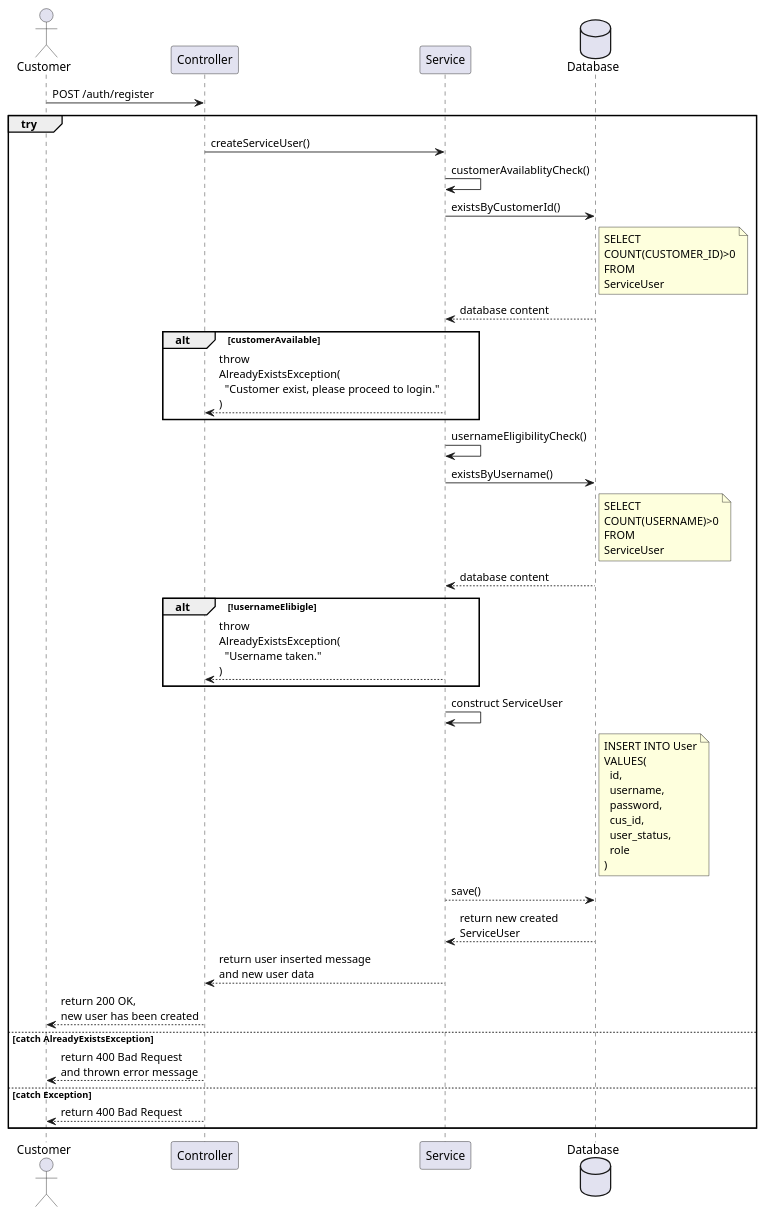
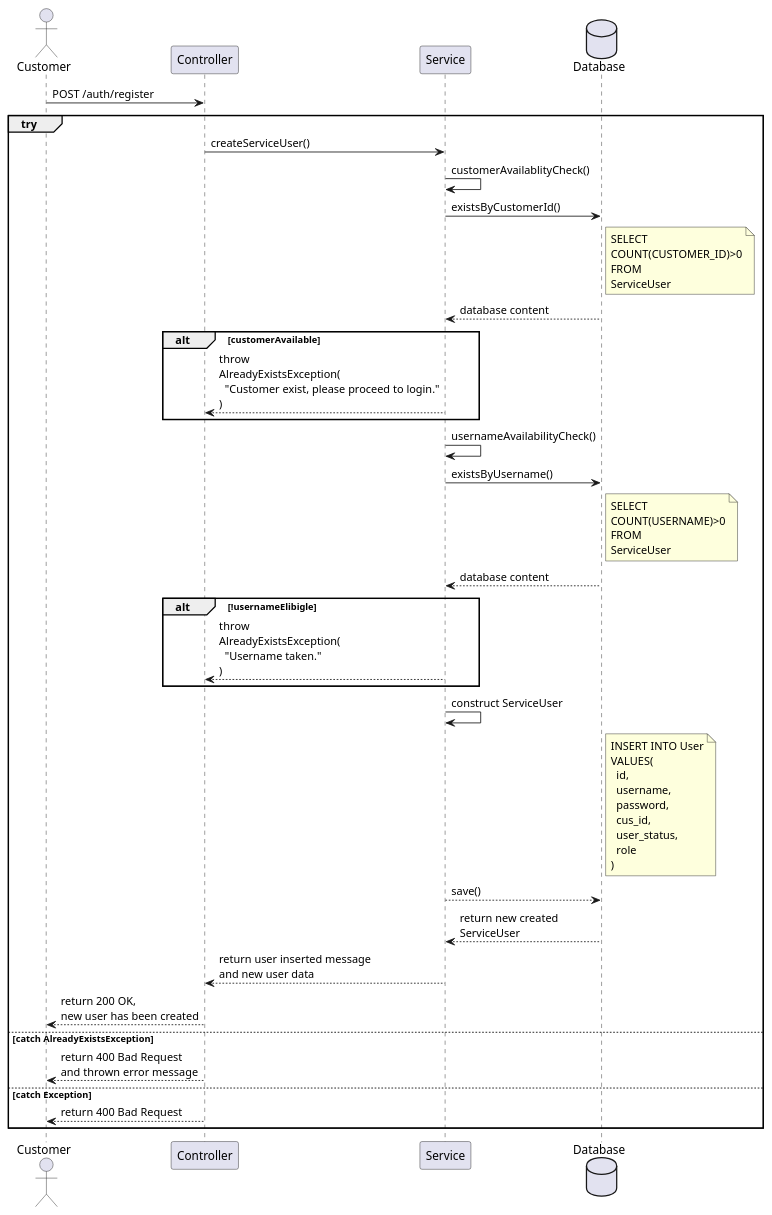
One commit to l-reginamh/hands-on-practices changed the diagram in plantuml/authbanking-usercreation.puml. Above: the diagram before and after it, drawn with PlantUML. The commit also changed 15 other files, not shown here.

```diff
--- a/plantuml/authbanking-usercreation.puml
+++ b/plantuml/authbanking-usercreation.puml
@@ -1,49 +1,49 @@
 @startuml Online Banking User Creation
 
 actor       Customer   as Cust
 participant Controller as C
 participant Service    as S
 database    Database   as DB
 
 Cust     ->   C       : POST /auth/register
 
 group try
 
     C    ->   S       : createServiceUser()
 
     S    ->   S       : customerAvailablityCheck()
     S    ->   DB      : existsByCustomerId()
     note right of DB  : SELECT\nCOUNT(CUSTOMER_ID)>0\nFROM\nServiceUser
     DB   -->  S       : database content
 
     alt customerAvailable
         S    -->  C   : throw \nAlreadyExistsException(\n  "Customer exist, please proceed to login."\n)
     end
 
-    S    ->   S       : usernameEligibilityCheck()
+    S    ->   S       : usernameAvailabilityCheck()
     S    ->   DB      : existsByUsername()
     note right of DB  : SELECT\nCOUNT(USERNAME)>0\nFROM\nServiceUser
     DB   -->  S       : database content
 
     alt !usernameElibigle
         S    -->  C   : throw \nAlreadyExistsException(\n  "Username taken."\n)
     end
 
     S    ->   S       : construct ServiceUser
     note right of DB  : INSERT INTO User\nVALUES(\n  id,\n  username,\n  password,\n  cus_id,\n  user_status,\n  role\n)
     S    -->  DB      : save()
     DB   -->  S       : return new created\nServiceUser
     S    -->  C       : return user inserted message\nand new user data
     C    -->  Cust    : return 200 OK,\nnew user has been created
 
 else catch AlreadyExistsException
 
     C    -->  Cust    : return 400 Bad Request\nand thrown error message
 
 else catch Exception
 
     C    -->  Cust    : return 400 Bad Request
 
 end
 
 @enduml
```
